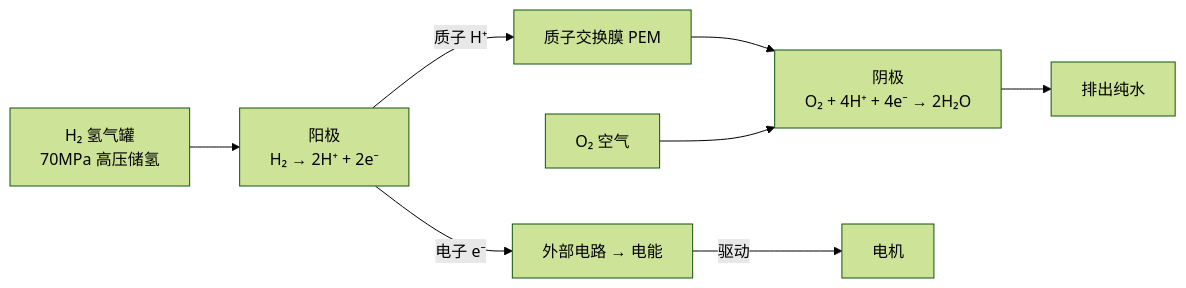
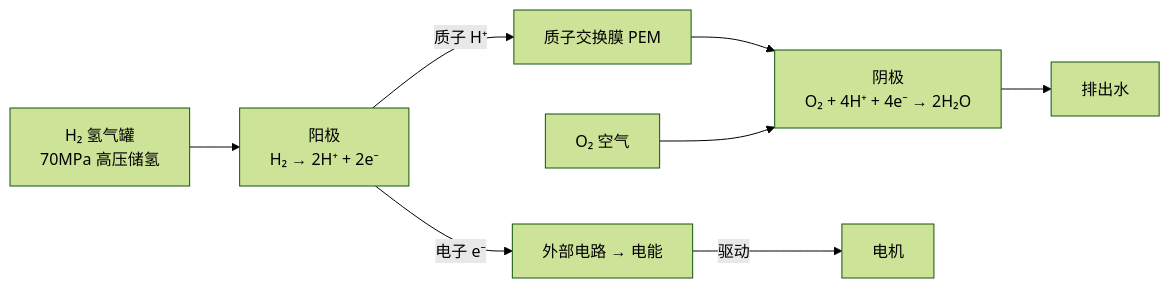
One commit to CroissantSong/car-knowledge-site changed the seventh of 7 diagrams in docs/new-energy/battery-motor.md. Above: the diagram before and after it, drawn with Mermaid (forest theme). The commit also changed other lines of this file and 8 other files, not shown here.

````diff
--- a/docs/new-energy/battery-motor.md
+++ b/docs/new-energy/battery-motor.md
@@ -223,10 +223,10 @@
 ```mermaid
 flowchart LR
     H2[H₂ 氢气罐<br/>70MPa 高压储氢] --> ANODE[阳极<br/>H₂ → 2H⁺ + 2e⁻]
     ANODE -->|质子 H⁺| MEMBRANE[质子交换膜 PEM]
     MEMBRANE --> CATHODE[阴极<br/>O₂ + 4H⁺ + 4e⁻ → 2H₂O]
     O2[O₂ 空气] --> CATHODE
     ANODE -->|电子 e⁻| CIRCUIT[外部电路 → 电能]
     CIRCUIT -->|驱动| MOTOR[电机]
-    CATHODE --> WATER[排出纯水]
+    CATHODE --> WATER[排出水]
 ```
````
